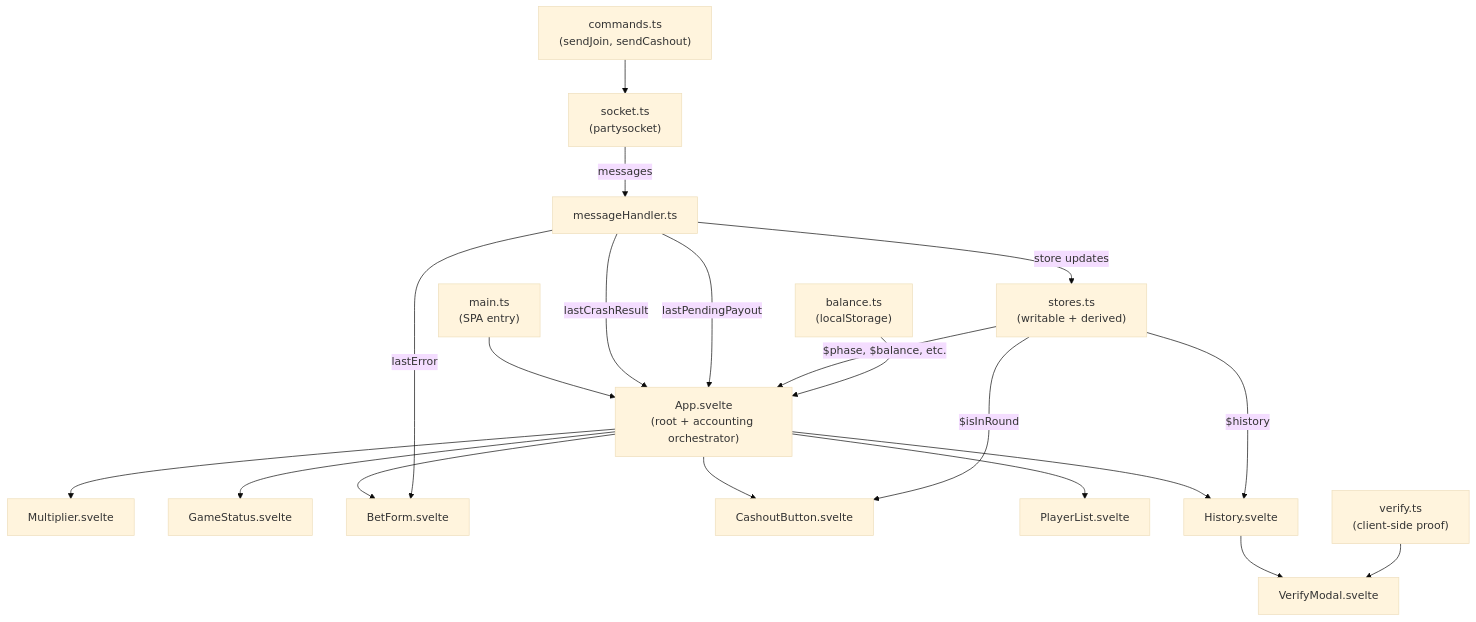
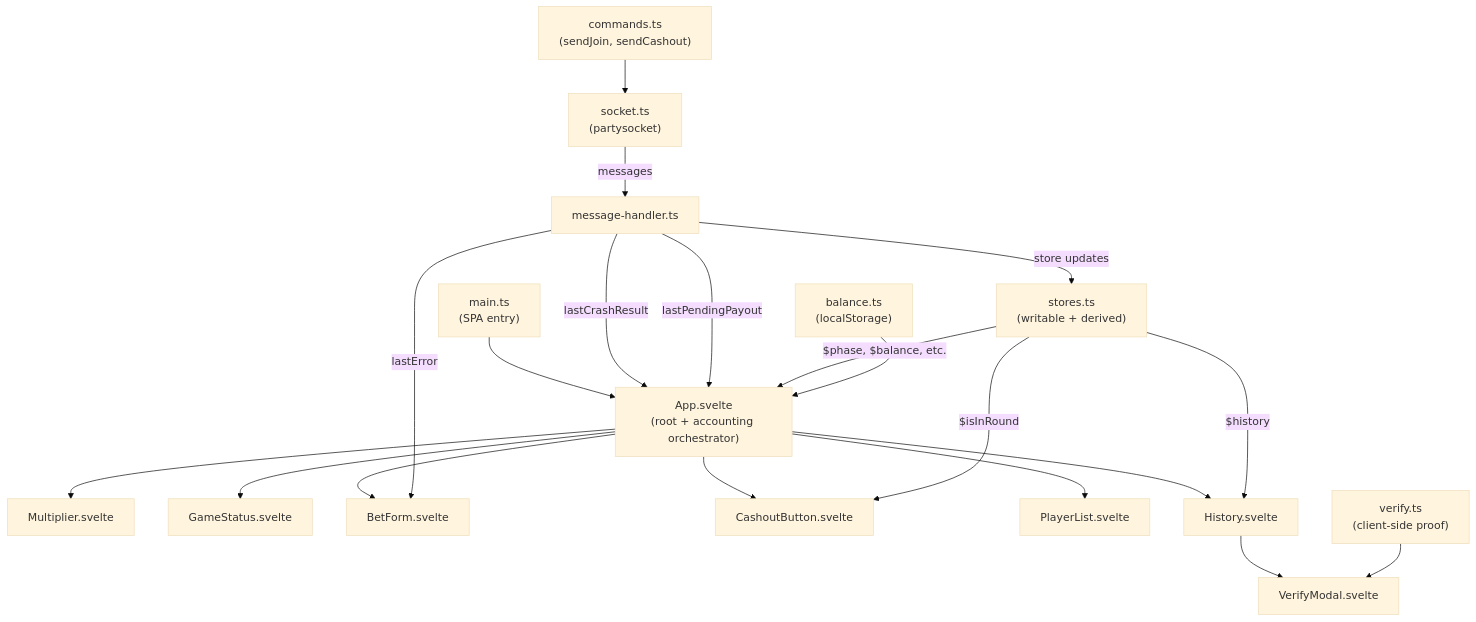
The second of 3 diagrams in docs/project-architecture.md (DigitalMachinist/crash-game), drawn with Mermaid (base theme) before and after one commit. The commit also changed other lines of this file and 16 other files, not shown here.

````diff
--- a/docs/project-architecture.md
+++ b/docs/project-architecture.md
@@ -41,26 +41,26 @@
 ```mermaid
 flowchart TD
     main["main.ts<br/>(SPA entry)"] --> App["App.svelte<br/>(root + accounting orchestrator)"]
 
     App --> Multiplier["Multiplier.svelte"]
     App --> GameStatus["GameStatus.svelte"]
     App --> BetForm["BetForm.svelte"]
     App --> CashoutButton["CashoutButton.svelte"]
     App --> PlayerList["PlayerList.svelte"]
     App --> History["History.svelte"]
     History --> VerifyModal["VerifyModal.svelte"]
 
-    socket["socket.ts<br/>(partysocket)"] -->|"messages"| msgHandler["messageHandler.ts"]
+    socket["socket.ts<br/>(partysocket)"] -->|"messages"| msgHandler["message-handler.ts"]
     msgHandler -->|"store updates"| stores["stores.ts<br/>(writable + derived)"]
     msgHandler -->|"lastCrashResult"| App
     msgHandler -->|"lastPendingPayout"| App
     msgHandler -->|"lastError"| BetForm
 
     stores -->|"$phase, $balance, etc."| App
     stores -->|"$isInRound"| CashoutButton
     stores -->|"$history"| History
 
     balance["balance.ts<br/>(localStorage)"] --> App
     verify["verify.ts<br/>(client-side proof)"] --> VerifyModal
     commands["commands.ts<br/>(sendJoin, sendCashout)"] --> socket
 ```
````
